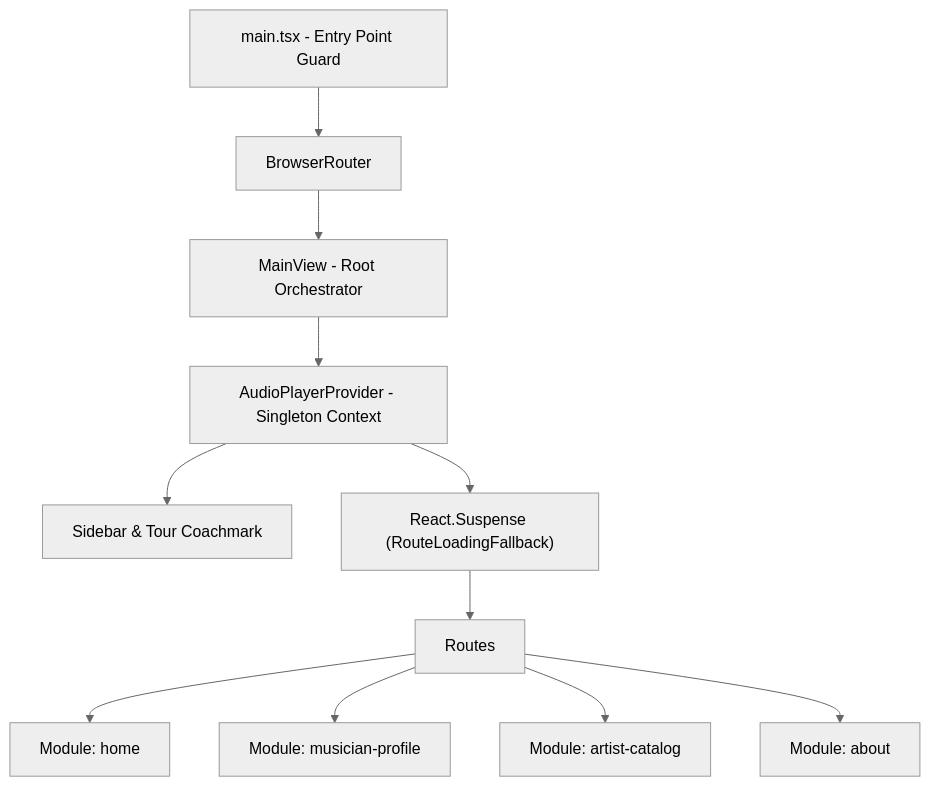
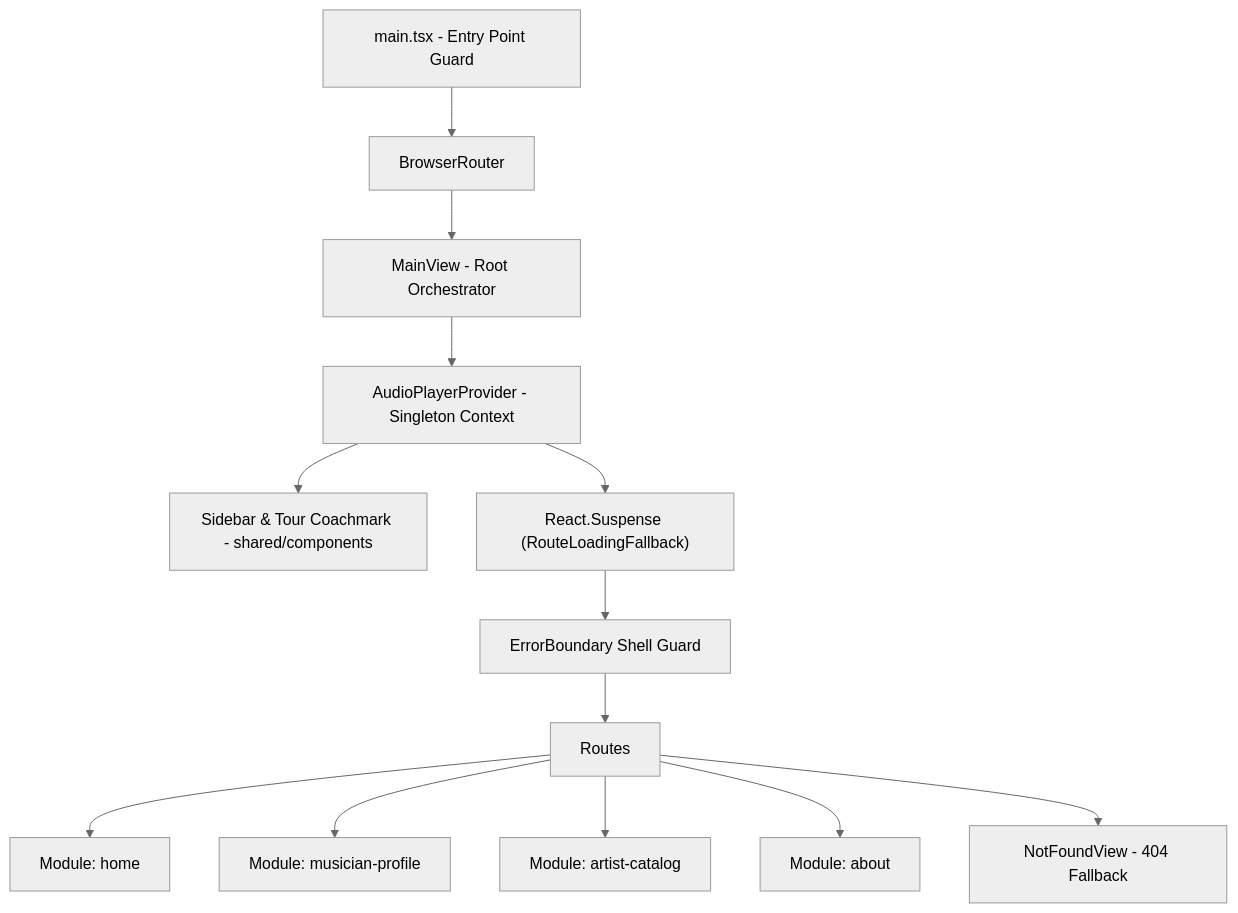
One commit to alouvre/exhibition_malang changed the diagram in docs/ARCHITECTURE.md. Above: the diagram before and after it, drawn with Mermaid (neutral theme). The commit also changed other lines of this file and 18 other files, not shown here.

Commit message:
docs: synchronize all technical documentation with shared components refactor, domain models, and route resilience

````diff
--- a/docs/ARCHITECTURE.md
+++ b/docs/ARCHITECTURE.md
@@ -7,13 +7,15 @@
 ```mermaid
 graph TD
     A[main.tsx - Entry Point Guard] --> B[BrowserRouter]
     B --> C[MainView - Root Orchestrator]
     C --> D[AudioPlayerProvider - Singleton Context]
-    D --> E[Sidebar & Tour Coachmark]
+    D --> E[Sidebar & Tour Coachmark - shared/components]
     D --> F["React.Suspense (RouteLoadingFallback)"]
-    F --> G[Routes]
-    G --> H[Module: home]
-    G --> I[Module: musician-profile]
-    G --> J[Module: artist-catalog]
-    G --> K[Module: about]
+    F --> G[ErrorBoundary Shell Guard]
+    G --> H[Routes]
+    H --> I[Module: home]
+    H --> J[Module: musician-profile]
+    H --> K[Module: artist-catalog]
+    H --> L[Module: about]
+    H --> M[NotFoundView - 404 Fallback]
 ```
````
